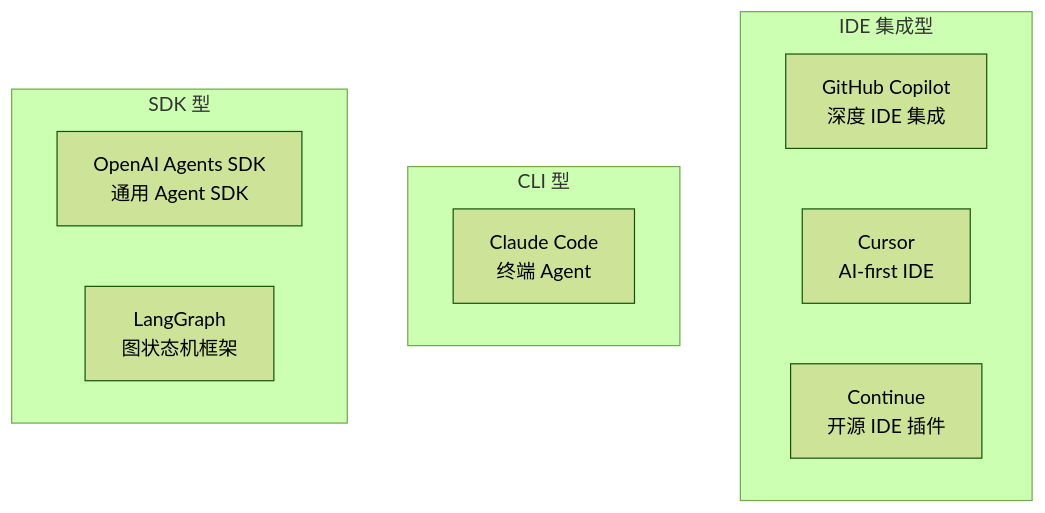
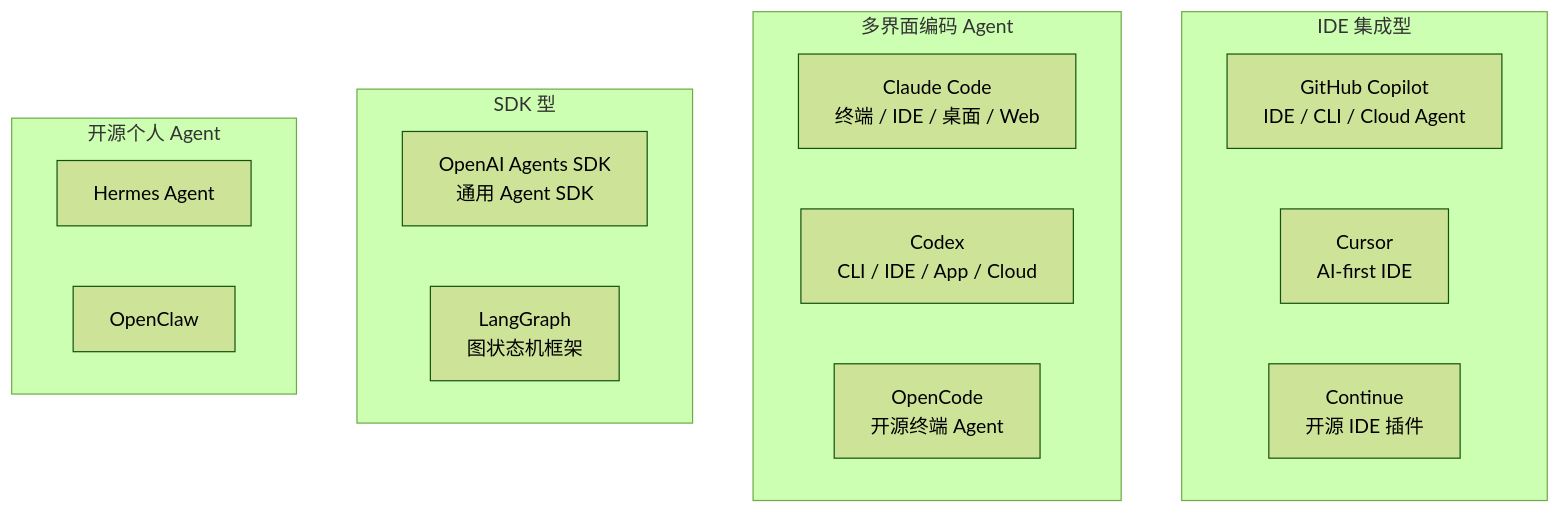
The diagram in docs/chapters/19-framework-analysis/README.md (dollarser/modern-ai-agent-architecture), drawn with Mermaid (forest theme) before and after one commit. The commit also changed other lines of this file and 132 other files, not shown here.

Commit message:
Finalize AI Agent book architecture and release preparation

````diff
--- a/docs/chapters/19-framework-analysis/README.md
+++ b/docs/chapters/19-framework-analysis/README.md
@@ -33,17 +34,23 @@
 ```mermaid
 graph TD
     subgraph "IDE 集成型"
-        Copilot[GitHub Copilot<br/>深度 IDE 集成]
+        Copilot[GitHub Copilot<br/>IDE / CLI / Cloud Agent]
         Cursor[Cursor<br/>AI-first IDE]
         Continue[Continue<br/>开源 IDE 插件]
     end
 
-    subgraph "CLI 型"
-        ClaudeCode[Claude Code<br/>终端 Agent]
+    subgraph "多界面编码 Agent"
+        ClaudeCode[Claude Code<br/>终端 / IDE / 桌面 / Web]
+        Codex[Codex<br/>CLI / IDE / App / Cloud]
+        OpenCode[OpenCode<br/>开源终端 Agent]
     end
 
     subgraph "SDK 型"
         OpenAISDK[OpenAI Agents SDK<br/>通用 Agent SDK]
         LangGraph[LangGraph<br/>图状态机框架]
     end
+    subgraph "开源个人 Agent"
+        Hermes[Hermes Agent]
+        OpenClaw[OpenClaw]
+    end
 ```
````
